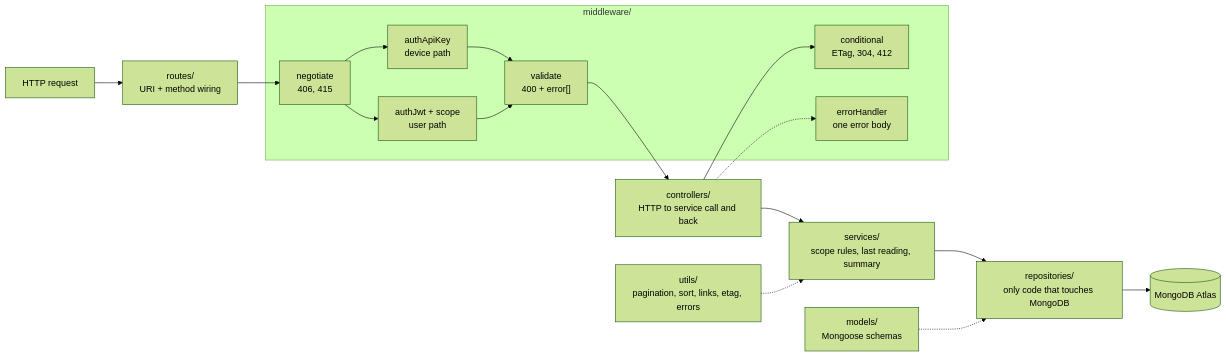
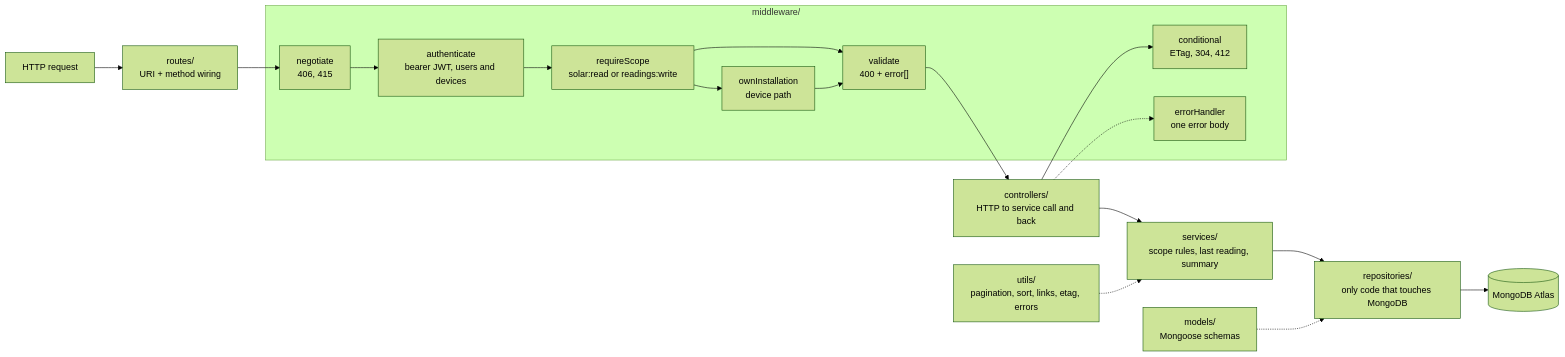
The diagram in docs/design/diagrams/09-layered-architecture.mmd (hashiniRanasinghe/solar-api), drawn with Mermaid (forest theme) before and after one commit. The commit also changed 26 other files, not shown here.

Commit message:
feat(auth): device JWT via /login (client credentials) and scope enforcement on every route

```diff
--- a/docs/design/diagrams/09-layered-architecture.mmd
+++ b/docs/design/diagrams/09-layered-architecture.mmd
@@ -1,26 +1,28 @@
 %% 09-layered-architecture.mmd - Internal layers and middleware (matches the planned src/ folders)
 %% Basis: BRIEF §8 (architecture section); playbook C3; PLAN §6. Layering itself is a PROPOSAL (not required by the brief).
-%% No OPEN dependency. authApiKey guards only POST readings; authJwt + scope guard every other protected route.
+%% No OPEN dependency. Revised 2026-09-26: one bearer path for all clients; requireScope splits reads (solar:read) from POST readings (readings:write); ownInstallation checks the device token's installation.
 flowchart LR
   REQ["HTTP request"] --> ROUTES["routes/<br/>URI + method wiring"]
   subgraph MW["middleware/"]
     NEG["negotiate<br/>406, 415"]
-    AK["authApiKey<br/>device path"]
-    JW["authJwt + scope<br/>user path"]
+    JW["authenticate<br/>bearer JWT, users and devices"]
+    RS["requireScope<br/>solar:read or readings:write"]
+    OI["ownInstallation<br/>device path"]
     VAL["validate<br/>400 + error[]"]
     COND["conditional<br/>ETag, 304, 412"]
     ERR["errorHandler<br/>one error body"]
   end
   ROUTES --> NEG
-  NEG --> AK
   NEG --> JW
-  AK --> VAL
-  JW --> VAL
+  JW --> RS
+  RS --> OI
+  RS --> VAL
+  OI --> VAL
   VAL --> CTRL
   CTRL["controllers/<br/>HTTP to service call and back"] --> SVC["services/<br/>scope rules, last reading, summary"]
   SVC --> REPO["repositories/<br/>only code that touches MongoDB"]
   REPO --> DB[("MongoDB Atlas")]
   CTRL --> COND
   CTRL -.-> ERR
   UTIL["utils/<br/>pagination, sort, links, etag, errors"] -.-> SVC
   MODELS["models/<br/>Mongoose schemas"] -.-> REPO
```
